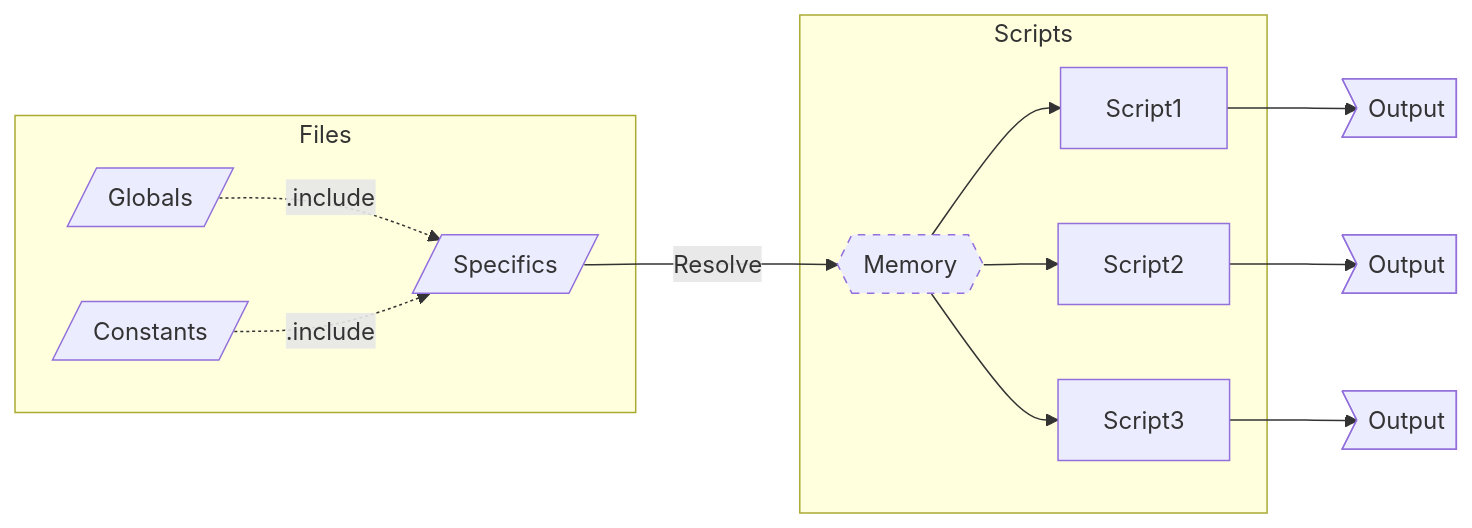
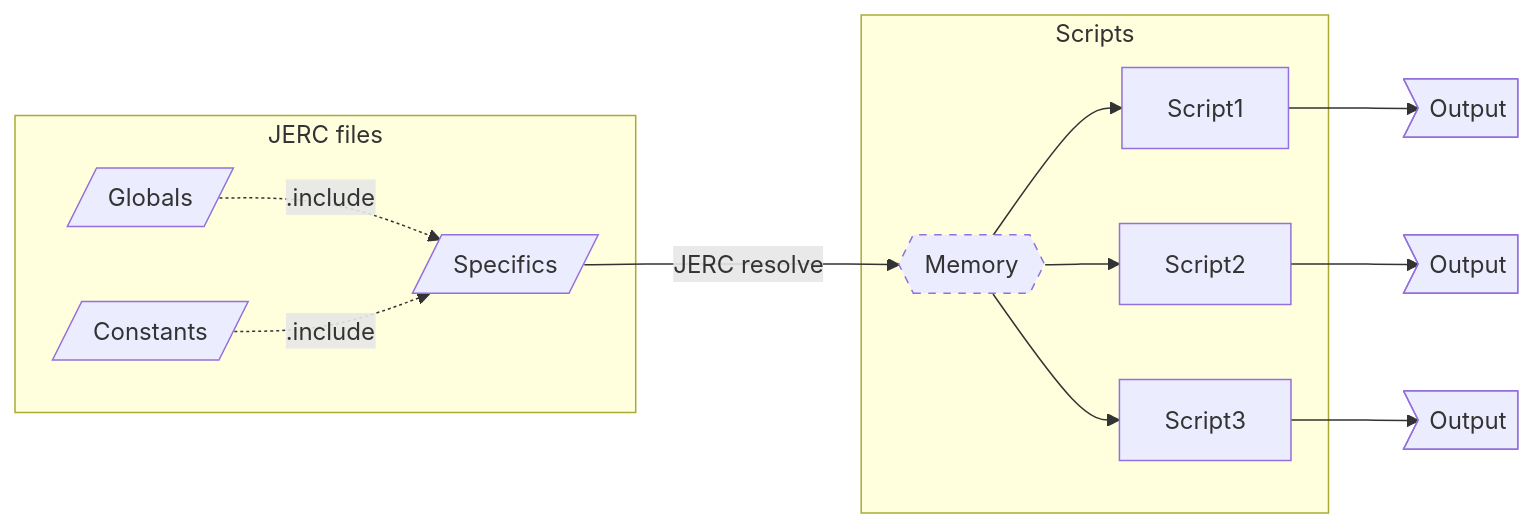
One commit to neoftl/jerc-pwsh changed the diagram in jerc-spec/spec.md. Above: the diagram before and after it, drawn with Mermaid. The commit also changed other lines of this file and 5 other files, not shown here.

````diff
--- a/jerc-spec/spec.md
+++ b/jerc-spec/spec.md
@@ -36,17 +40,17 @@
 ```mermaid
 graph LR
-    subgraph Files
+    subgraph JERC files
     A1[/Globals/] .->|.include| B[/Specifics/]
     A2[/Constants/] .->|.include| B
     end
     subgraph Scripts
-    B -->|Resolve| C{{Memory}}
+    B -->|JERC resolve| C{{Memory}}
     style C stroke-dasharray: 5 5
     C --> S1[Script1]
     C --> S2[Script2]
     C --> S3[Script3]
     end
     S1 --> O1>Output]
     S2 --> O2>Output]
     S3 --> O3>Output]
 ```
````
